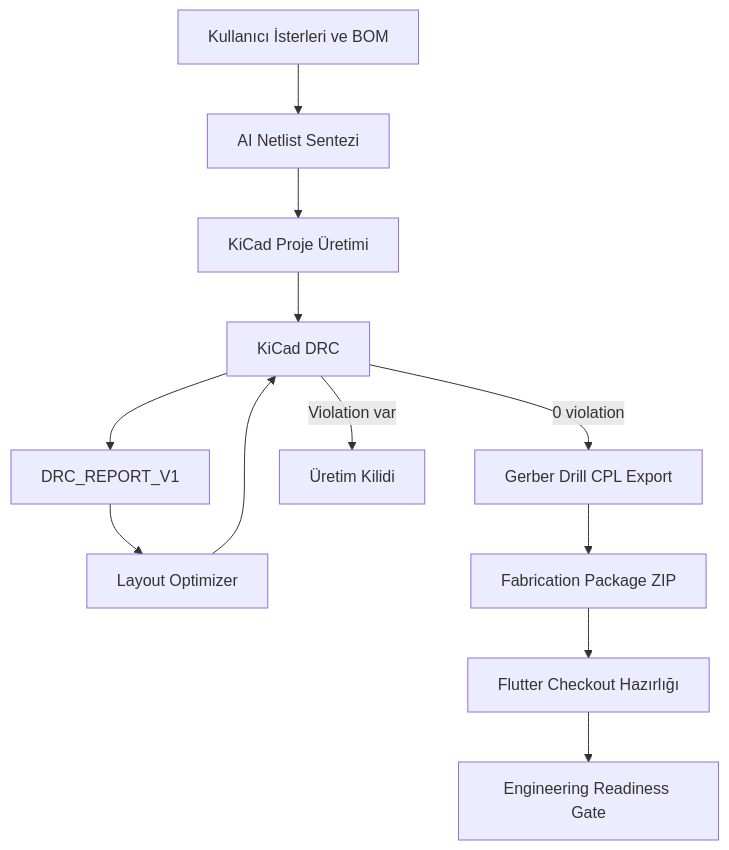
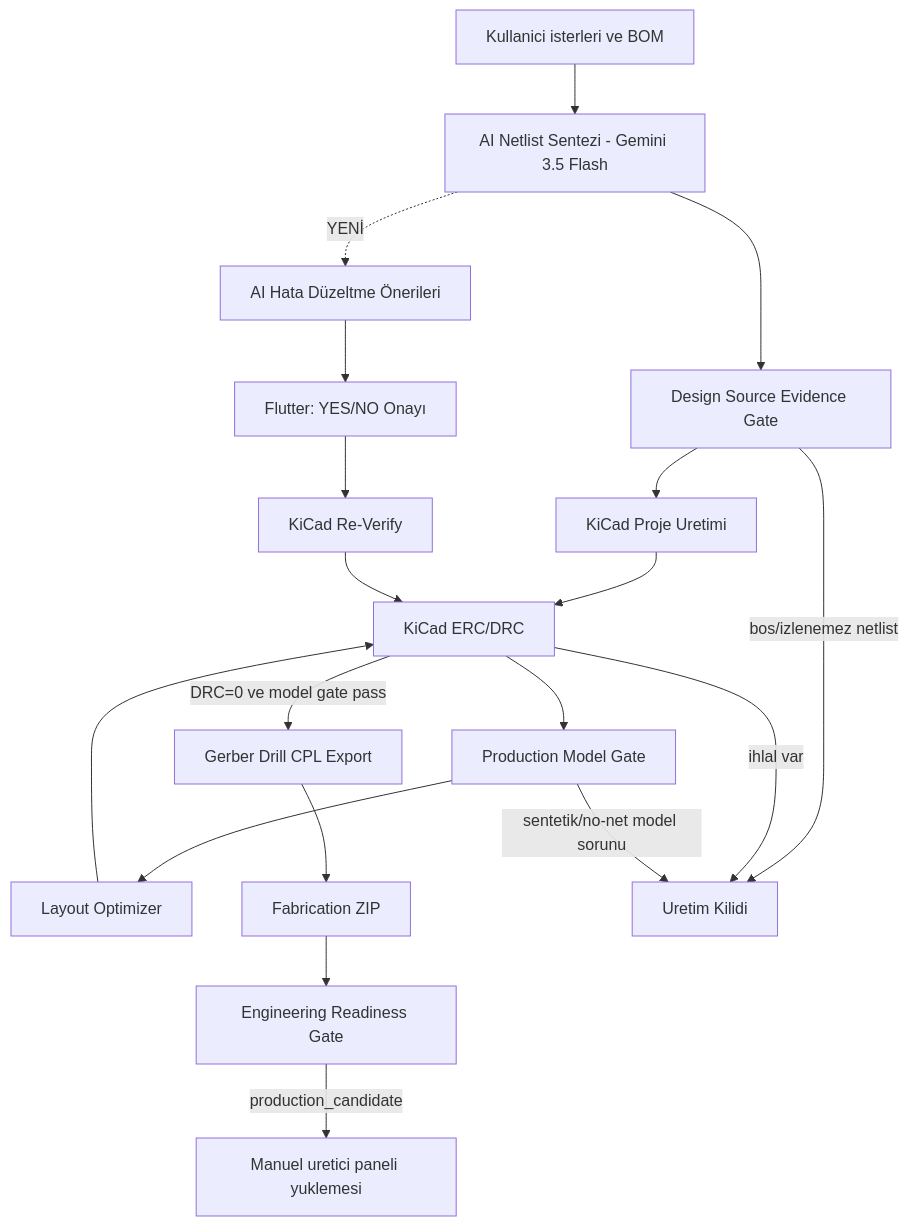
Before and after one commit to Takingo/Mypcb35: the diagram in Barainmypcb/00 - OmniCircuit AI Ana Harita.md, drawn with Mermaid. The commit also changed other lines of this file and 298 other files, not shown here.

````diff
--- a/Barainmypcb/00 - OmniCircuit AI Ana Harita.md
+++ b/Barainmypcb/00 - OmniCircuit AI Ana Harita.md
@@ -64,14 +78,22 @@
 ```mermaid
 graph TD
-    A[Kullanıcı İsterleri ve BOM] --> B[AI Netlist Sentezi]
-    B --> C[KiCad Proje Üretimi]
-    C --> D[KiCad DRC]
-    D --> E[DRC_REPORT_V1]
+    A[Kullanici isterleri ve BOM] --> B[AI Netlist Sentezi - Gemini 3.5 Flash]
+    B --> S[Design Source Evidence Gate]
+    S --> C[KiCad Proje Uretimi]
+    C --> D[KiCad ERC/DRC]
+    D --> E[Production Model Gate]
     E --> F[Layout Optimizer]
     F --> D
-    D -->|0 violation| G[Gerber Drill CPL Export]
-    G --> I[Fabrication Package ZIP]
-    I --> J[Flutter Checkout Hazırlığı]
-    J --> K[Engineering Readiness Gate]
-    D -->|Violation var| H[Üretim Kilidi]
+    D -->|DRC=0 ve model gate pass| G[Gerber Drill CPL Export]
+    G --> H[Fabrication ZIP]
+    H --> I[Engineering Readiness Gate]
+    I -->|production_candidate| J[Manuel uretici paneli yuklemesi]
+    S -->|bos/izlenemez netlist| K[Uretim Kilidi]
+    D -->|ihlal var| K
+    E -->|sentetik/no-net model sorunu| K
+    
+    B -.->|YENİ| B2[AI Hata Düzeltme Önerileri]
+    B2 --> B3[Flutter: YES/NO Onayı]
+    B3 --> B4[KiCad Re-Verify]
+    B4 --> D
 ```
````
